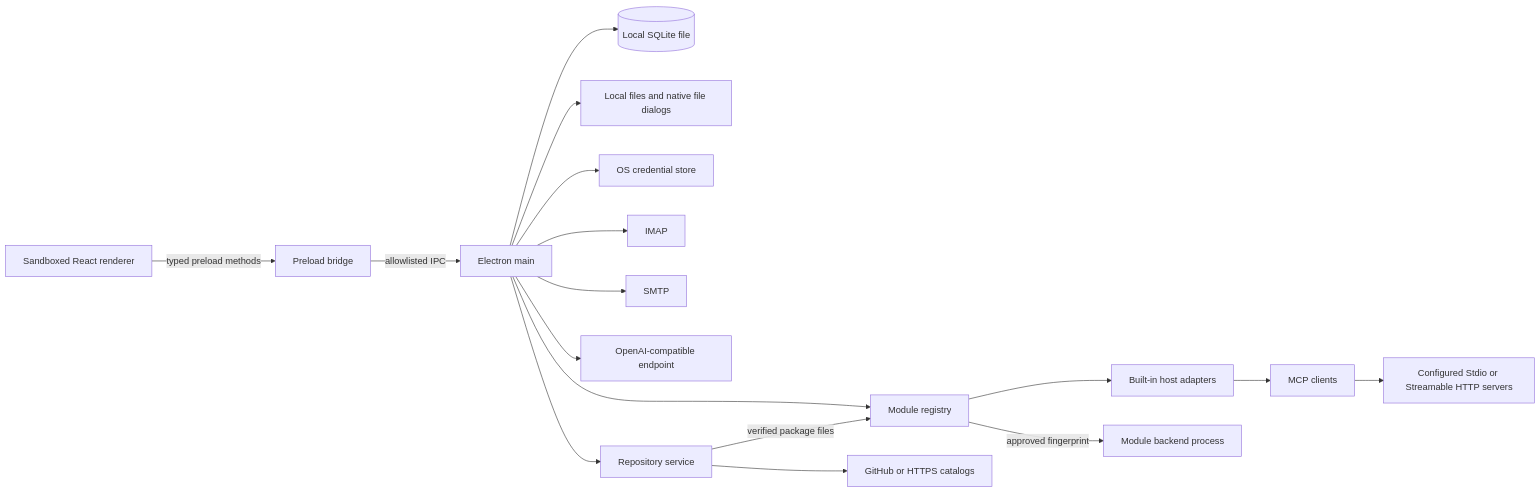
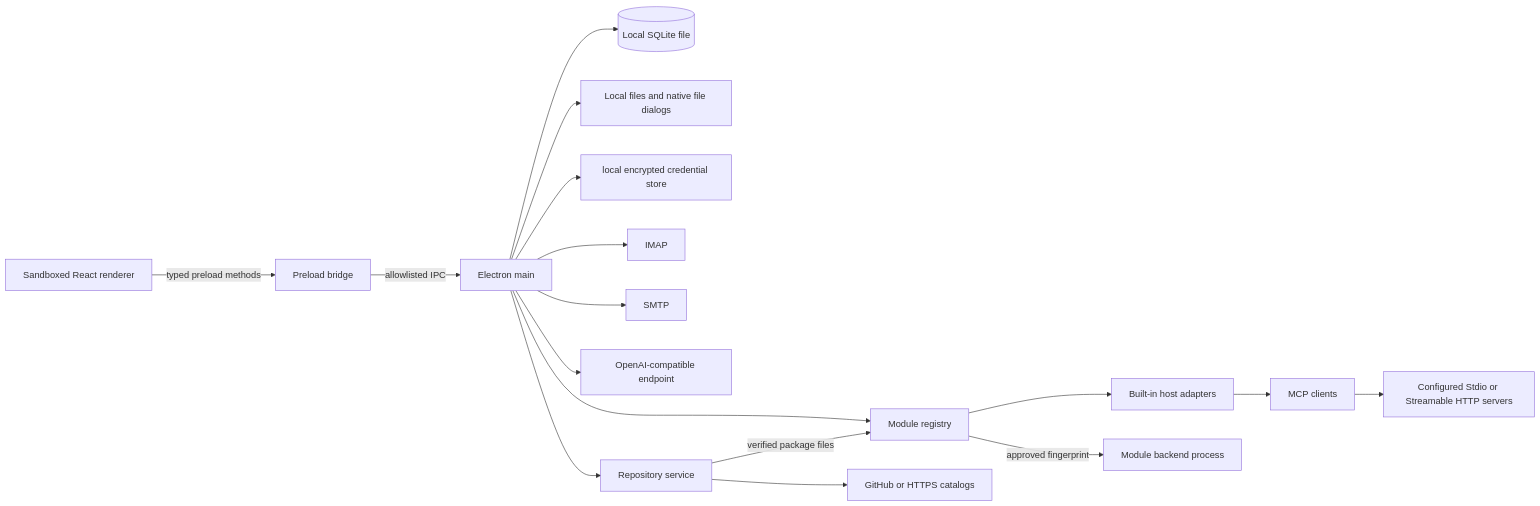
Before and after one commit to Tiboriuss/OpenVibeDesk: the diagram in docs/architecture.md, drawn with Mermaid. The commit also changed other lines of this file and 46 other files, not shown here.

````diff
--- a/docs/architecture.md
+++ b/docs/architecture.md
@@ -9,19 +9,19 @@
 ```mermaid
 flowchart LR
   R[Sandboxed React renderer] -->|typed preload methods| P[Preload bridge]
   P -->|allowlisted IPC| M[Electron main]
   M --> D[(Local SQLite file)]
   M --> F[Local files and native file dialogs]
-  M --> K[OS credential store]
+  M --> K[local encrypted credential store]
   M --> I[IMAP]
   M --> O[SMTP]
   M --> L[OpenAI-compatible endpoint]
   M --> MR[Module registry]
   M --> RS[Repository service]
   RS --> RC[GitHub or HTTPS catalogs]
   RS -->|verified package files| MR
   MR --> BM[Built-in host adapters]
   MR -->|approved fingerprint| UM[Module backend process]
   BM --> C[MCP clients]
   C --> S[Configured Stdio or Streamable HTTP servers]
 ```
````
